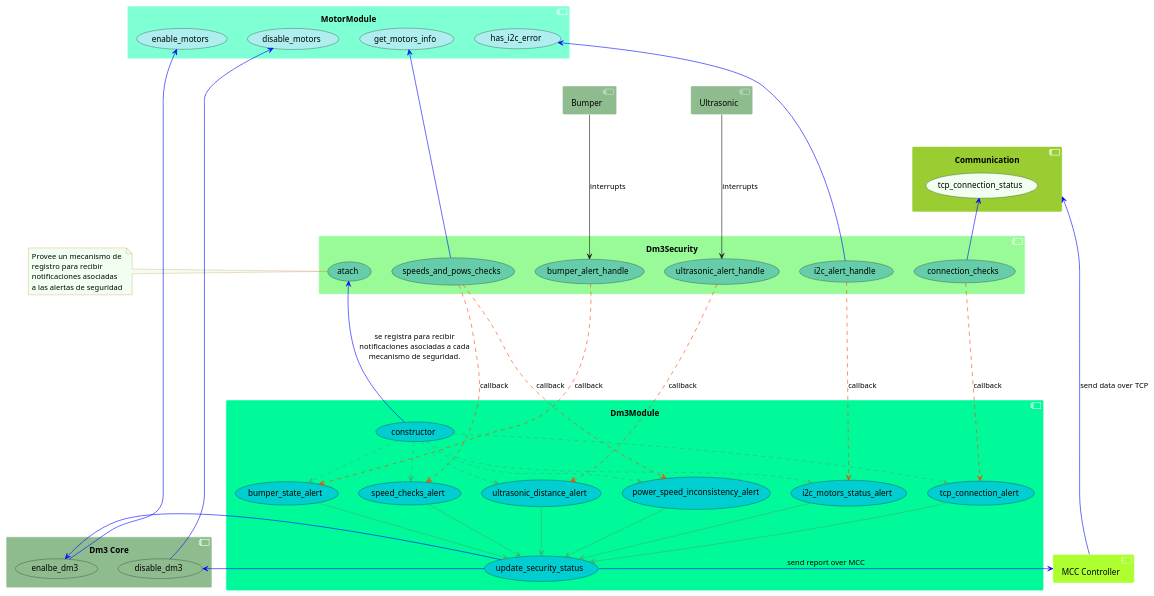
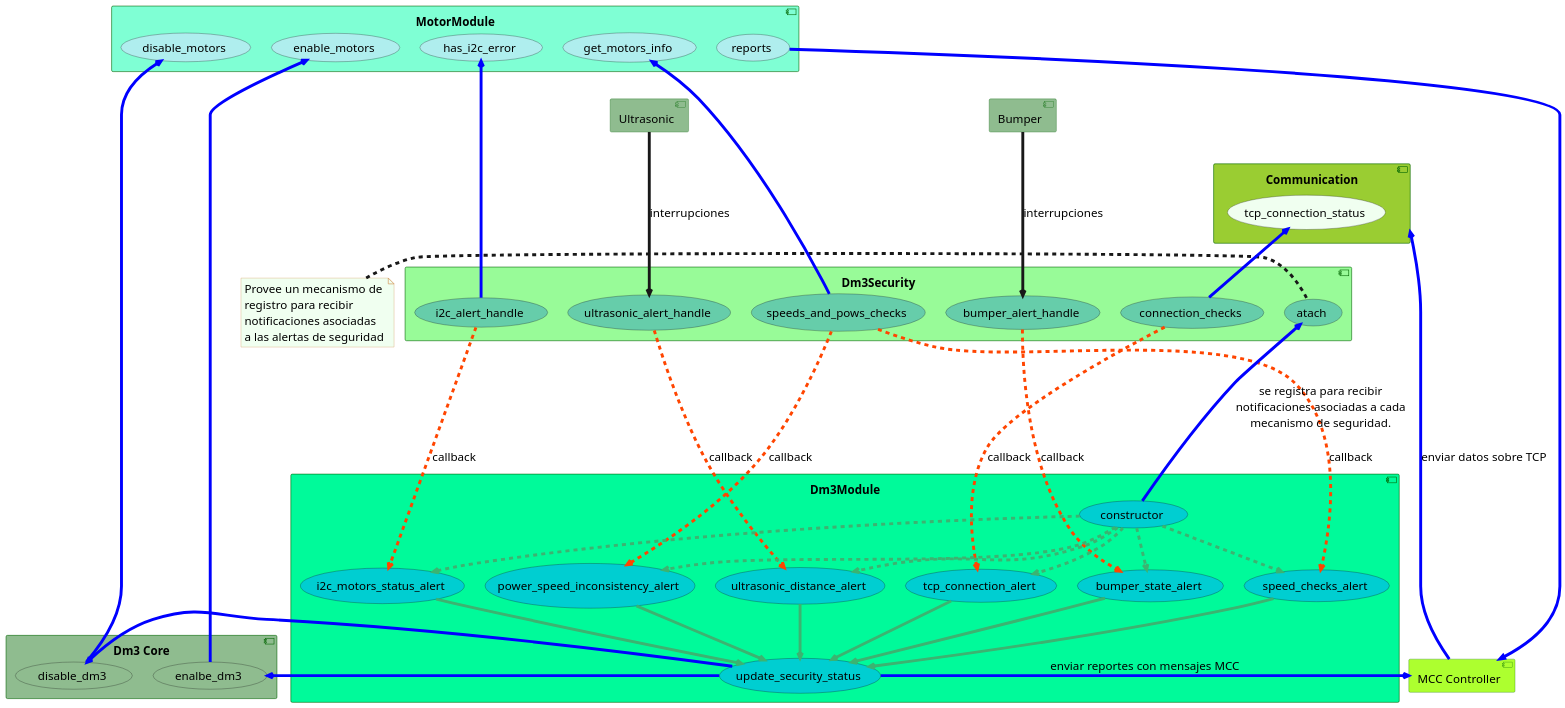
Before and after one commit to gonzalopelos/proygrado: the diagram in Diagrams/DM3Security_devices_communication.wsd, drawn with PlantUML. The commit also changed other lines of this file and 1 other file, not shown here.

Commit message:
modificación de diagramas.

```diff
--- a/Diagrams/DM3Security_devices_communication.wsd
+++ b/Diagrams/DM3Security_devices_communication.wsd
@@ -1,89 +1,99 @@
 @startuml Diagrama_de_subsistema_Dm3Security
-
-
-skinparam componentBorderColor White
+skinparam component{
+    FontSize 20
+    BorderColor DarkGreen
+    ArrowThickness 3
+}
+skinparam usecase{
+   FontSize 20
+   ArrowFontSize 20
+   ArrowThickness 5
+}
 skinparam note {
     BackgroundColor HoneyDew
     FontName Verdana
     BorderColor Peru
+    FontSize 20
 }
 
 component Dm3Security#PaleGreen{
     (speeds_and_pows_checks) as spwc #MediumAquaMarine
     (connection_checks) as cc #MediumAquaMarine
     (ultrasonic_alert_handle) as uah #MediumAquaMarine
     (bumper_alert_handle) as bah #MediumAquaMarine
     (i2c_alert_handle) as i2cah #MediumAquaMarine
     (atach) as atach #MediumAquaMarine
 }
 
 note left of atach
   Provee un mecanismo de 
   registro para recibir
   notificaciones asociadas
   a las alertas de seguridad
 end note
 component MotorModule#Aquamarine{
     (get_motors_info) as gmi #PaleTurquoise
     (has_i2c_error) as i2ce #PaleTurquoise
     (disable_motors) as disableMotors #PaleTurquoise
     (enable_motors) as enableMotors #PaleTurquoise
+    (reports) as reportsMotors #PaleTurquoise
 }
 
 component Dm3Module#MediumSpringGreen{
     (bumper_state_alert) as dm3m_bsa #DarkTurquoise
     (ultrasonic_distance_alert) as dm3m_uda #DarkTurquoise
     (tcp_connection_alert) as dm3m_tca #DarkTurquoise
     (speed_checks_alert) as dm3m_spca #DarkTurquoise
     (power_speed_inconsistency_alert) as dm3m_psia #DarkTurquoise
     (i2c_motors_status_alert) as dm3m_imsa #DarkTurquoise
     (constructor) as dm3m_ctor #DarkTurquoise
     (update_security_status) as dm3m_uss #DarkTurquoise
 }
 
 component Bumper#DarkSeaGreen
 component Ultrasonic#DarkSeaGreen
 component Communication#YellowGreen{
     (tcp_connection_status)#HoneyDew
 }
 component "MCC Controller" as MCC #GreenYellow
 component "Dm3 Core" as DM3Core#DarkSeaGreen {
     (disable_dm3) as dm3c_disable #DarkSeaGreen
     (enalbe_dm3) as dm3c_enable #DarkSeaGreen
 }
 
 spwc --up--> gmi#Blue
 i2cah -up-> i2ce#Blue
 
 spwc ....> dm3m_spca#OrangeRed : callback
 spwc ....> dm3m_psia#OrangeRed : callback
 cc ...> dm3m_tca#OrangeRed : callback
 i2cah ..down..> dm3m_imsa#OrangeRed : callback
 uah ..> dm3m_uda#OrangeRed : callback
 bah ...> dm3m_bsa#OrangeRed : callback
 dm3m_ctor --> atach#Blue : se registra para recibir\nnotificaciones asociadas a cada\nmecanismo de seguridad.
 dm3m_ctor ..> dm3m_bsa #MediumSeaGreen
 dm3m_ctor ..> dm3m_imsa #MediumSeaGreen
 dm3m_ctor ..> dm3m_psia #MediumSeaGreen
 dm3m_ctor ..> dm3m_spca #MediumSeaGreen
 dm3m_ctor ..> dm3m_tca #MediumSeaGreen
 dm3m_ctor ..> dm3m_uda #MediumSeaGreen
 dm3m_bsa -down-> dm3m_uss  #MediumSeaGreen
 dm3m_imsa -down-> dm3m_uss  #MediumSeaGreen
 dm3m_psia -down-> dm3m_uss  #MediumSeaGreen
 dm3m_spca -down-> dm3m_uss  #MediumSeaGreen
 dm3m_tca -down-> dm3m_uss  #MediumSeaGreen
 dm3m_uda -down-> dm3m_uss  #MediumSeaGreen
-Ultrasonic ---> uah: interrupts
-Bumper ---> bah: interrupts
+Ultrasonic ---> uah: interrupciones
+Bumper ---> bah: interrupciones
 cc -up-> tcp_connection_status#Blue
 
-dm3m_uss ---right---> MCC#blue : send report over MCC
-MCC ---up---> Communication#blue : send data over TCP
+dm3m_uss ---right---> MCC#blue : enviar reportes con mensajes MCC
+MCC ---up---> Communication#blue : enviar datos sobre TCP
 dm3m_uss -left-> dm3c_enable#blue
 dm3m_uss -left-> dm3c_disable#blue
 
 dm3c_enable -left-> enableMotors#blue
 dm3c_disable -left-> disableMotors#blue
+reportsMotors --->> MCC#blue
 
 @enduml
```
